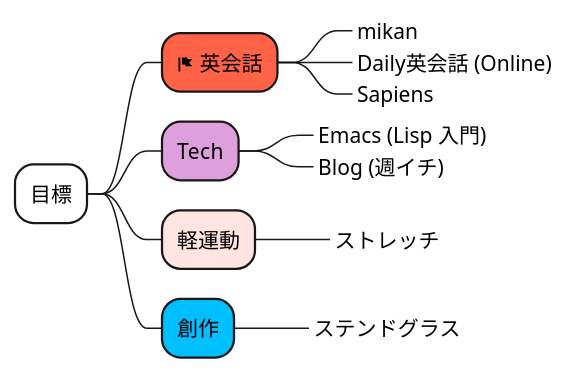
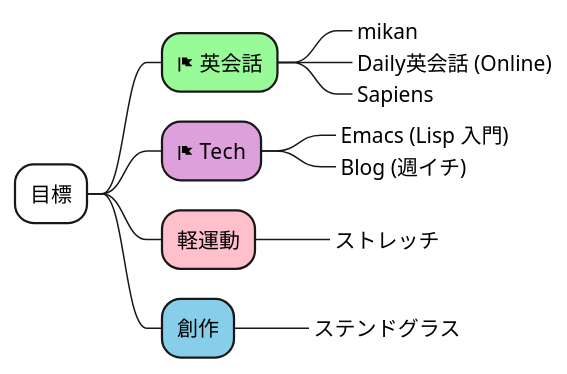
The diagram in test.puml (Ishizuka427/MindMap), drawn with PlantUML before and after one commit.

```diff
--- a/test.puml
+++ b/test.puml
@@ -1,14 +1,14 @@
 @startmindmap
 *[#white] 目標
-**[#tomato] <&flag> 英会話
+**[#palegreen] <&flag> 英会話
 ***_ mikan
 ***_ Daily英会話 (Online)
 ***_ Sapiens
-**[#plum] Tech
+**[#plum] <&flag> Tech
 ***_ Emacs (Lisp 入門)
 ***_ Blog (週イチ)
-**[#mistyrose] 軽運動
+**[#pink] 軽運動
 ***_ ストレッチ
-**[#deepskyblue] 創作
+**[#skyblue] 創作
 ***_ ステンドグラス
 @endmindmap
```
